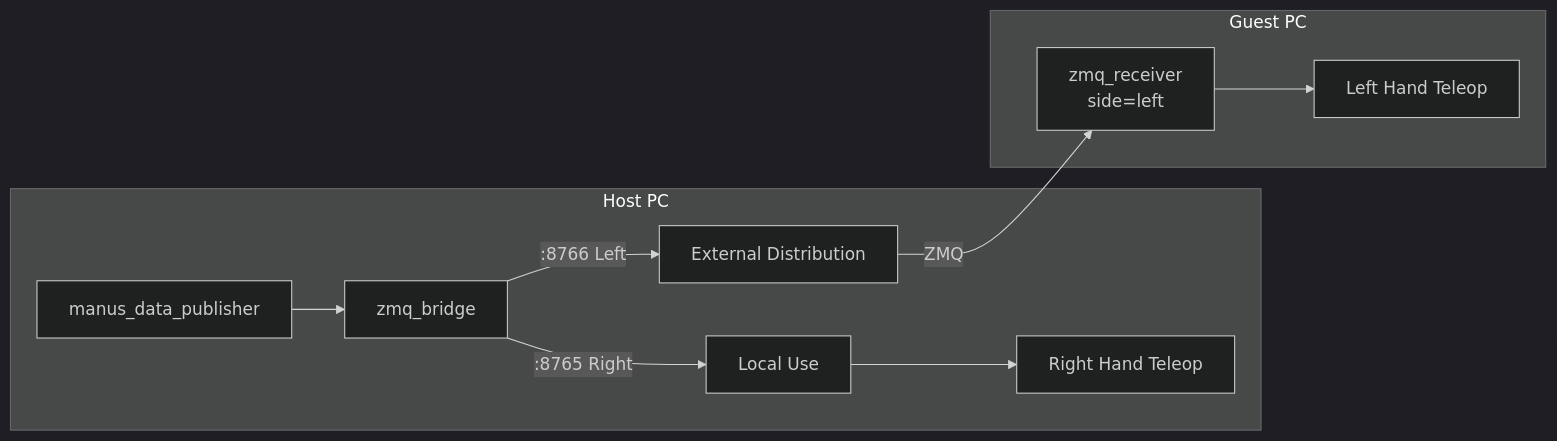
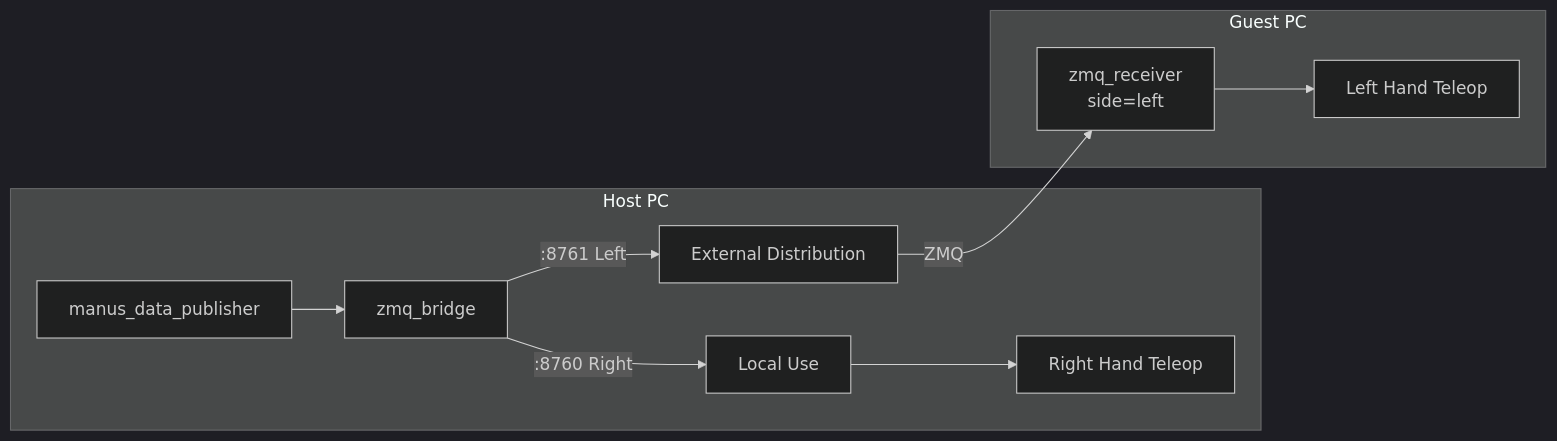
Before and after one commit to GeminiNinth/manus_ros2_transporter: the second of 5 diagrams in README.md, drawn with Mermaid (dark theme). The commit also changed other lines of this file and 7 other files, not shown here.

````diff
--- a/README.md
+++ b/README.md
@@ -165,15 +165,15 @@
 ```mermaid
 flowchart LR
     subgraph Host [Host PC]
         H_MDP[manus_data_publisher] --> H_ZB[zmq_bridge]
-        H_ZB -->|:8765 Right| H_Local[Local Use]
-        H_ZB -->|:8766 Left| H_Out[External Distribution]
+        H_ZB -->|:8760 Right| H_Local[Local Use]
+        H_ZB -->|:8761 Left| H_Out[External Distribution]
         H_Local --> H_Teleop[Right Hand Teleop]
     end
     
     subgraph Guest [Guest PC]
         G_ZR[zmq_receiver<br/>side=left] --> G_Teleop[Left Hand Teleop]
     end
     
     H_Out -->|ZMQ| G_ZR
 ```
````
